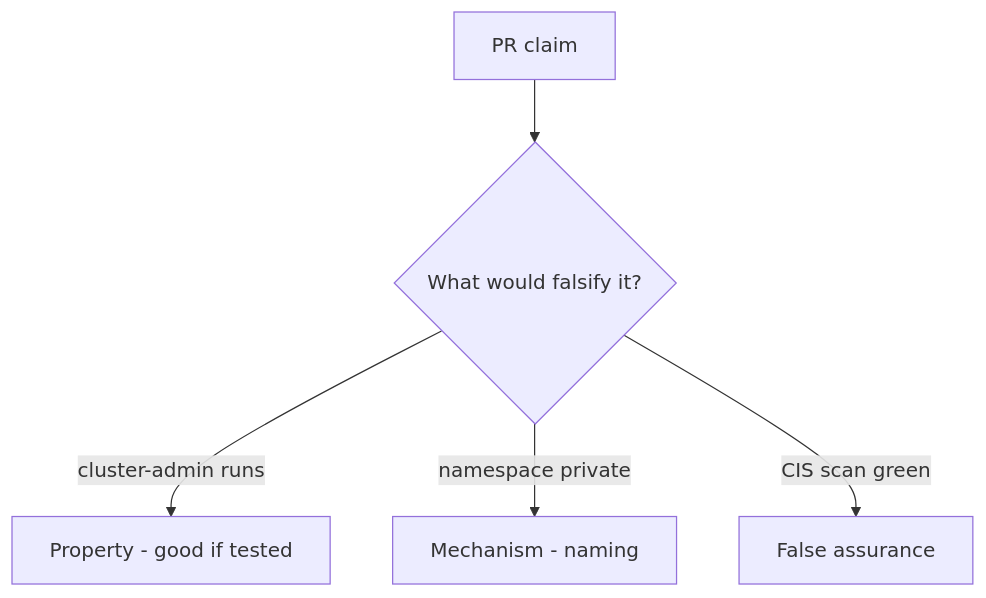
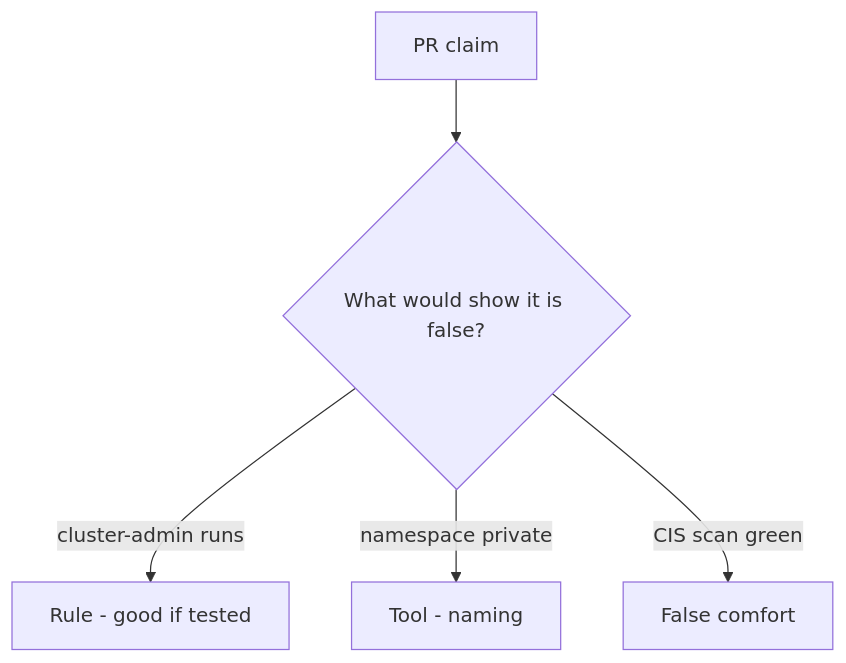
The diagram in content/modules/10/10.3/lessons/08-review.md (ishitvagoel/LearnSecurity), drawn with Mermaid before and after one commit. The commit also changed other lines of this file and 39 other files, not shown here.

````diff
--- a/content/modules/10/10.3/lessons/08-review.md
+++ b/content/modules/10/10.3/lessons/08-review.md
@@ -17,7 +18,7 @@
 ```mermaid
 flowchart TD
-  Claim[PR claim] --> Q{"What would falsify it?"}
-  Q -->|cluster-admin runs| Property["Property - good if tested"]
-  Q -->|namespace private| Mechanism[Mechanism - naming]
-  Q -->|CIS scan green| False[False assurance]
+  Claim[PR claim] --> Q{"What would show it is false?"}
+  Q -->|cluster-admin runs| Property["Rule - good if tested"]
+  Q -->|namespace private| Mechanism[Tool - naming]
+  Q -->|CIS scan green| False[False comfort]
 ```
````
